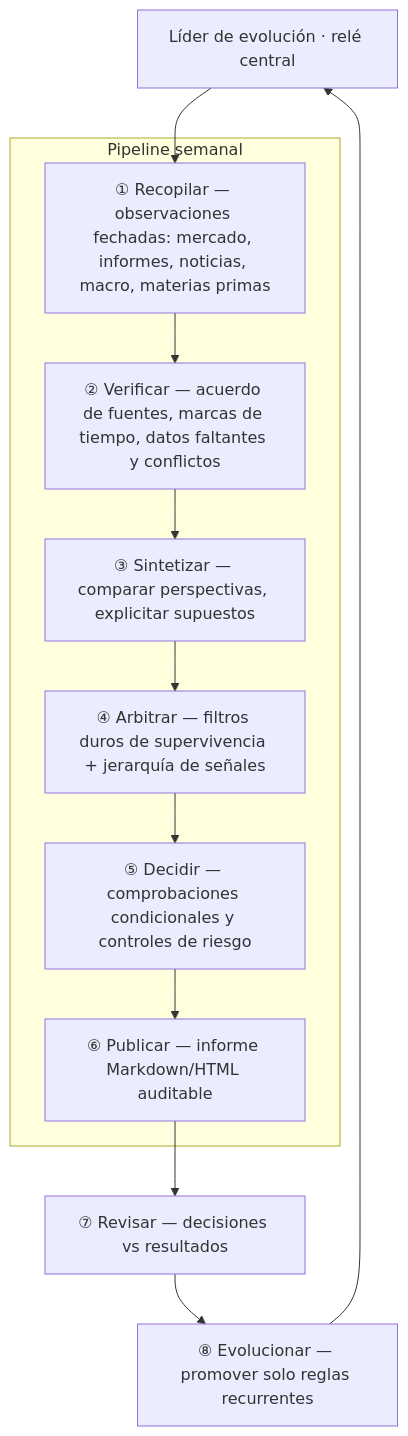
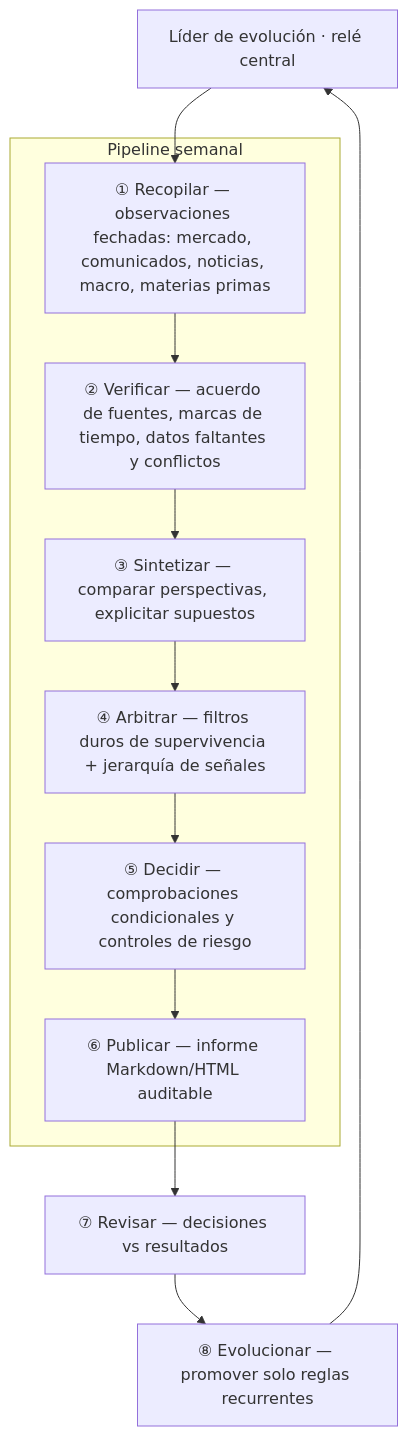
Before and after one commit to marqosjiang-gif/antifragile-decision-loop: the first of 2 diagrams in docs/README.es.md, drawn with Mermaid. The commit also changed other lines of this file and 37 other files, not shown here.

````diff
--- a/docs/README.es.md
+++ b/docs/README.es.md
@@ -37,12 +37,12 @@
 ```mermaid
 flowchart TD
     L["Líder de evolución · relé central"] --> S1
     subgraph WEEKLY["Pipeline semanal"]
-        S1["① Recopilar — observaciones fechadas: mercado, informes, noticias, macro, materias primas"] --> S2["② Verificar — acuerdo de fuentes, marcas de tiempo, datos faltantes y conflictos"]
+        S1["① Recopilar — observaciones fechadas: mercado, comunicados, noticias, macro, materias primas"] --> S2["② Verificar — acuerdo de fuentes, marcas de tiempo, datos faltantes y conflictos"]
         S2 --> S3["③ Sintetizar — comparar perspectivas, explicitar supuestos"]
         S3 --> S4["④ Arbitrar — filtros duros de supervivencia + jerarquía de señales"]
         S4 --> S5["⑤ Decidir — comprobaciones condicionales y controles de riesgo"]
         S5 --> S6["⑥ Publicar — informe Markdown/HTML auditable"]
     end
     S6 --> R["⑦ Revisar — decisiones vs resultados"] --> E["⑧ Evolucionar — promover solo reglas recurrentes"] --> L
 ```
````
